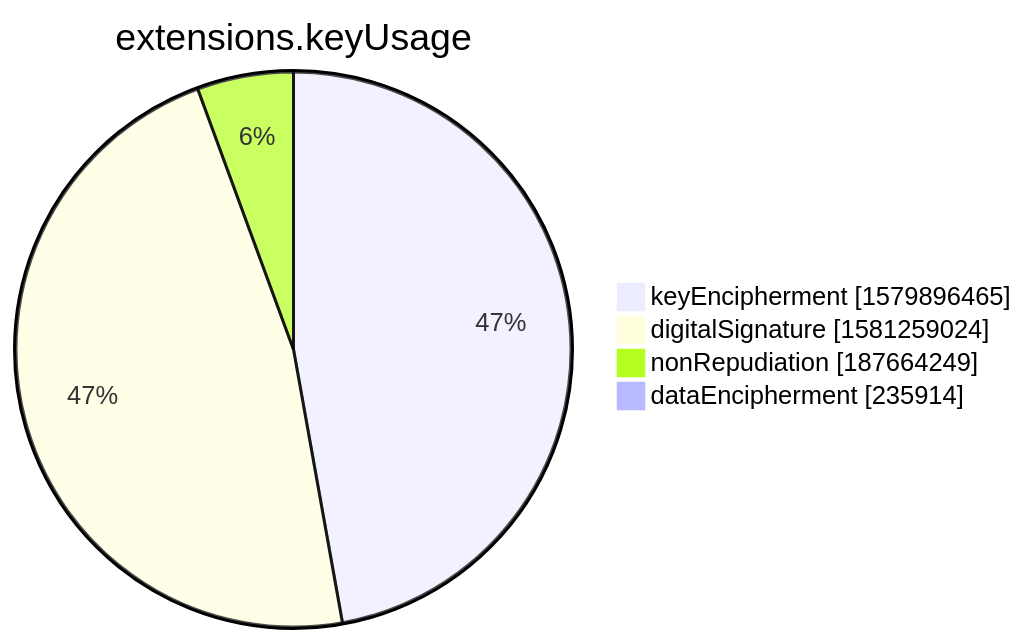
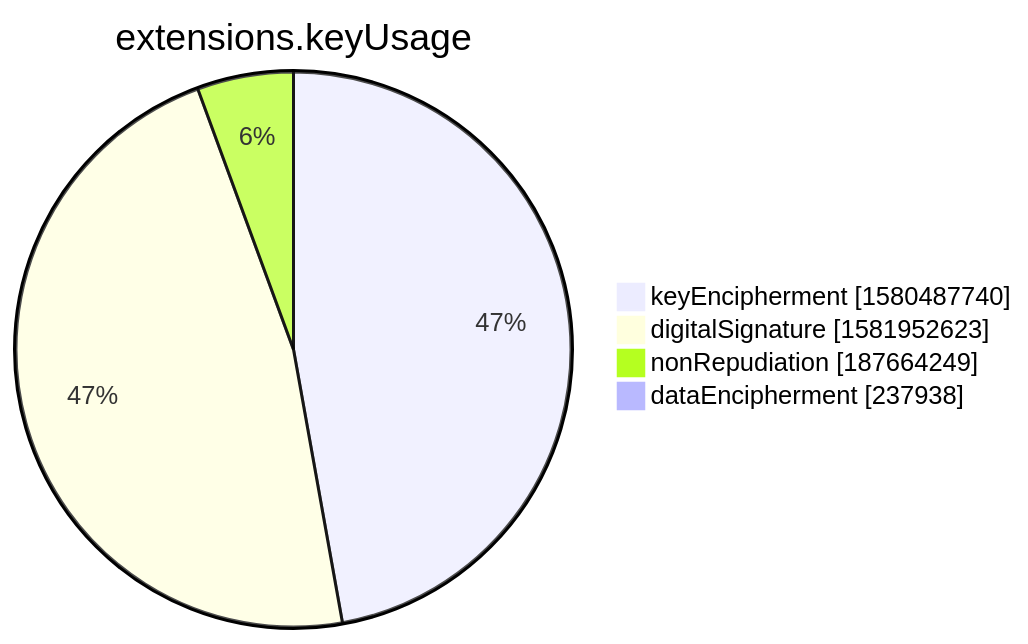
One commit to christiankrug/ctmonitor_visualization changed the seventh of 15 diagrams in xenon2022/README.md. Above: the diagram before and after it, drawn with Mermaid. The commit also changed other lines of this file, not shown here.

````diff
--- a/xenon2022/README.md
+++ b/xenon2022/README.md
@@ -2854,8 +2854,8 @@
 ```mermaid
 pie showData
 title extensions.keyUsage
-"keyEncipherment" :1579896465
-"digitalSignature" :1581259024
+"keyEncipherment" :1580487740
+"digitalSignature" :1581952623
 "nonRepudiation" :187664249
-"dataEncipherment" :235914
+"dataEncipherment" :237938
 ```
````
